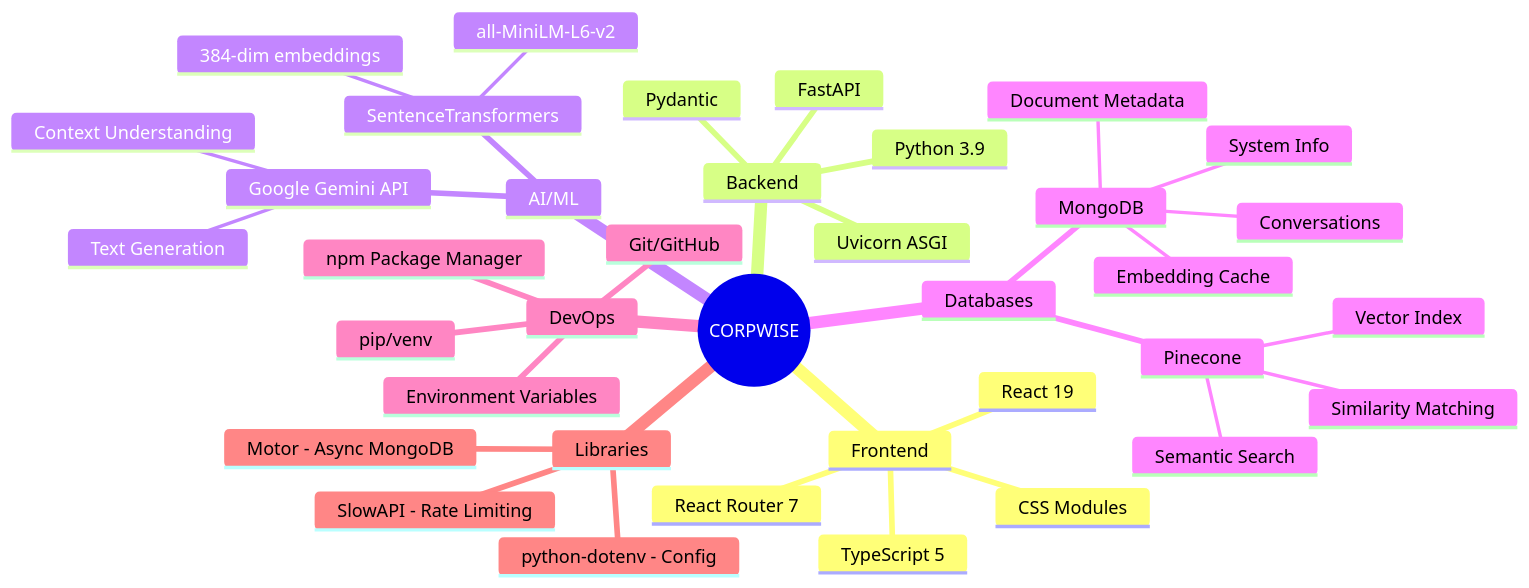
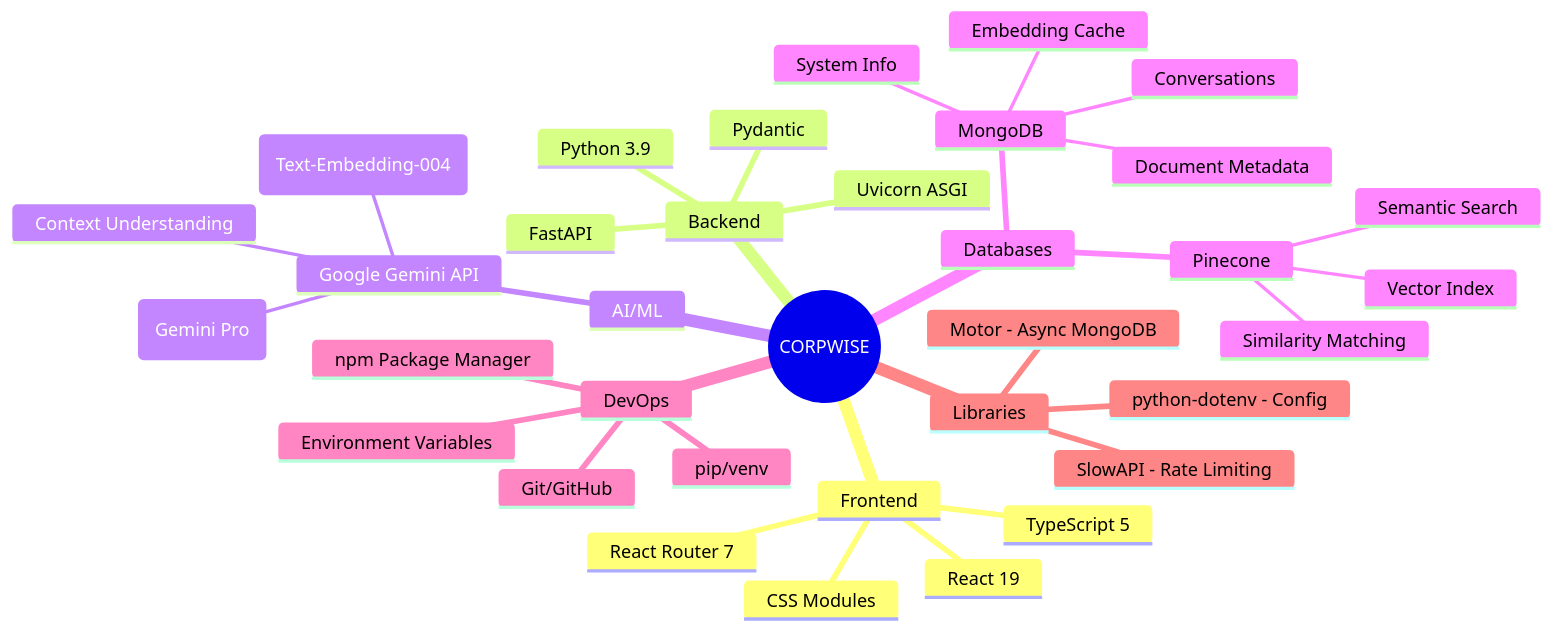
One commit to ShantanuV2709/CORPWISE changed the tenth of 18 diagrams in project_workflow.md. Above: the diagram before and after it, drawn with Mermaid. The commit also changed other lines of this file and 64 other files, not shown here.

````diff
--- a/project_workflow.md
+++ b/project_workflow.md
@@ -464,40 +465,38 @@
 ```mermaid
 mindmap
   root((CORPWISE))
     Frontend
       React 19
       TypeScript 5
       React Router 7
       CSS Modules
     Backend
       FastAPI
       Python 3.9
       Uvicorn ASGI
       Pydantic
     AI/ML
       Google Gemini API
-        Text Generation
+        Text Generation (Gemini Pro)
         Context Understanding
-      SentenceTransformers
-        all-MiniLM-L6-v2
-        384-dim embeddings
+        Embeddings (Text-Embedding-004)
     Databases
       MongoDB
         Conversations
         Document Metadata
         Embedding Cache
         System Info
       Pinecone
         Vector Index
         Semantic Search
         Similarity Matching
     DevOps
       Git/GitHub
       npm Package Manager
       pip/venv
       Environment Variables
     Libraries
       Motor - Async MongoDB
       SlowAPI - Rate Limiting
       python-dotenv - Config
 ```
````
